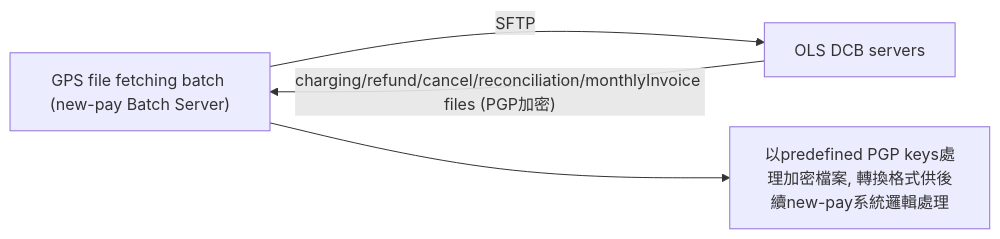
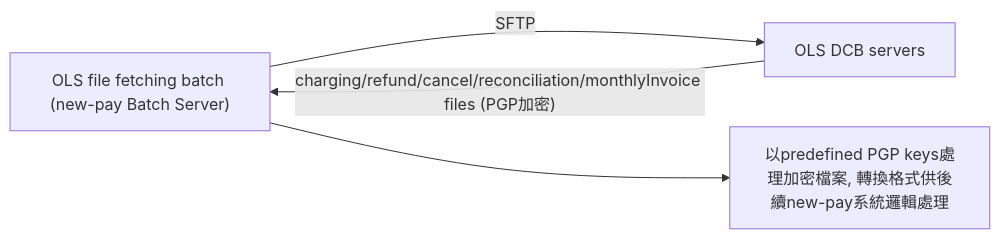
One commit to ChunPingWang/ai-workshop changed the fourth of 10 diagrams in new-pay_OnlineStore_SD.md. Above: the diagram before and after it, drawn with Mermaid. The commit also changed other lines of this file and 28 other files, not shown here.

First line of the commit message:
去識別化：全面移除 GPS 字眼，改以 OnlineStore 縮寫 OLS

````diff
--- a/new-pay_OnlineStore_SD.md
+++ b/new-pay_OnlineStore_SD.md
@@ -152,6 +152,6 @@
 ```mermaid
 flowchart LR
-    B["GPS file fetching batch (new-pay Batch Server)"] -->|"SFTP"| G["OLS DCB servers"]
+    B["OLS file fetching batch (new-pay Batch Server)"] -->|"SFTP"| G["OLS DCB servers"]
     G -->|"charging/refund/cancel/reconciliation/monthlyInvoice files (PGP加密)"| B
     B --> P["以predefined PGP keys處理加密檔案, 轉換格式供後續new-pay系統邏輯處理"]
 ```
````
